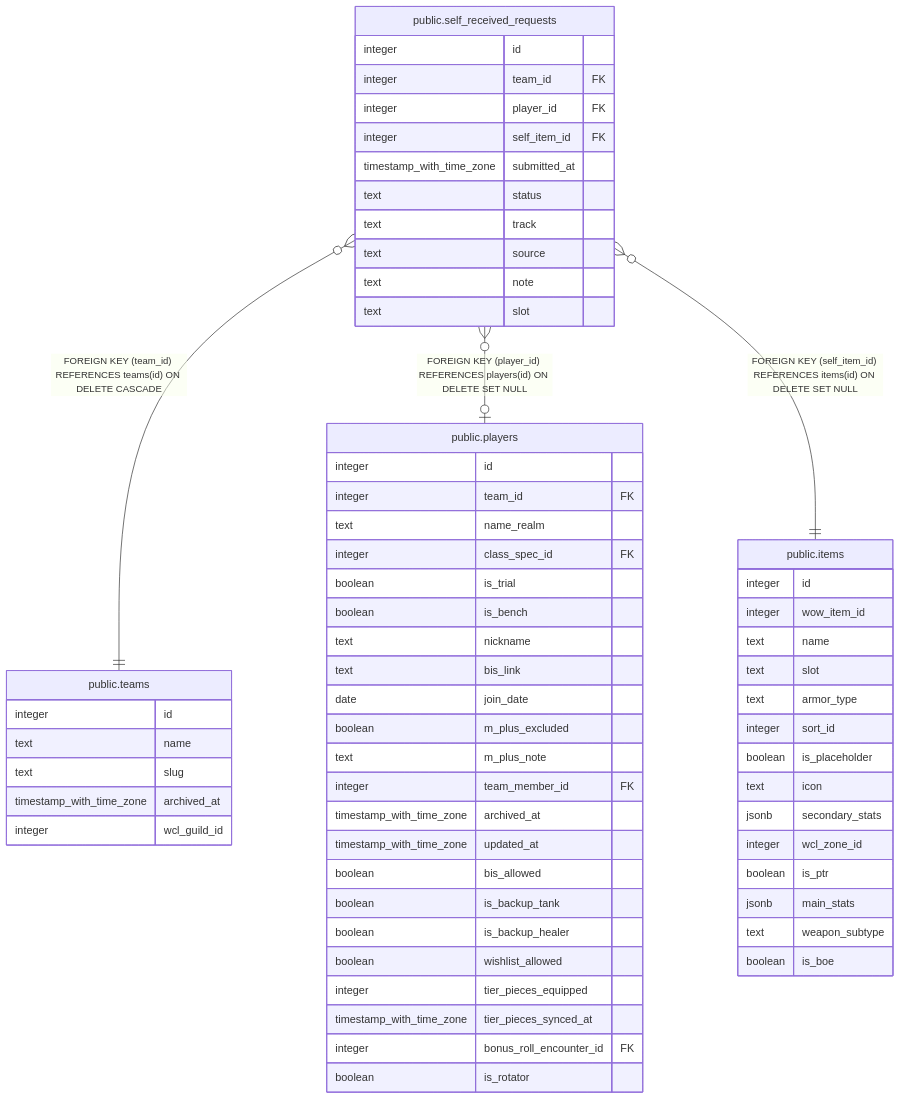
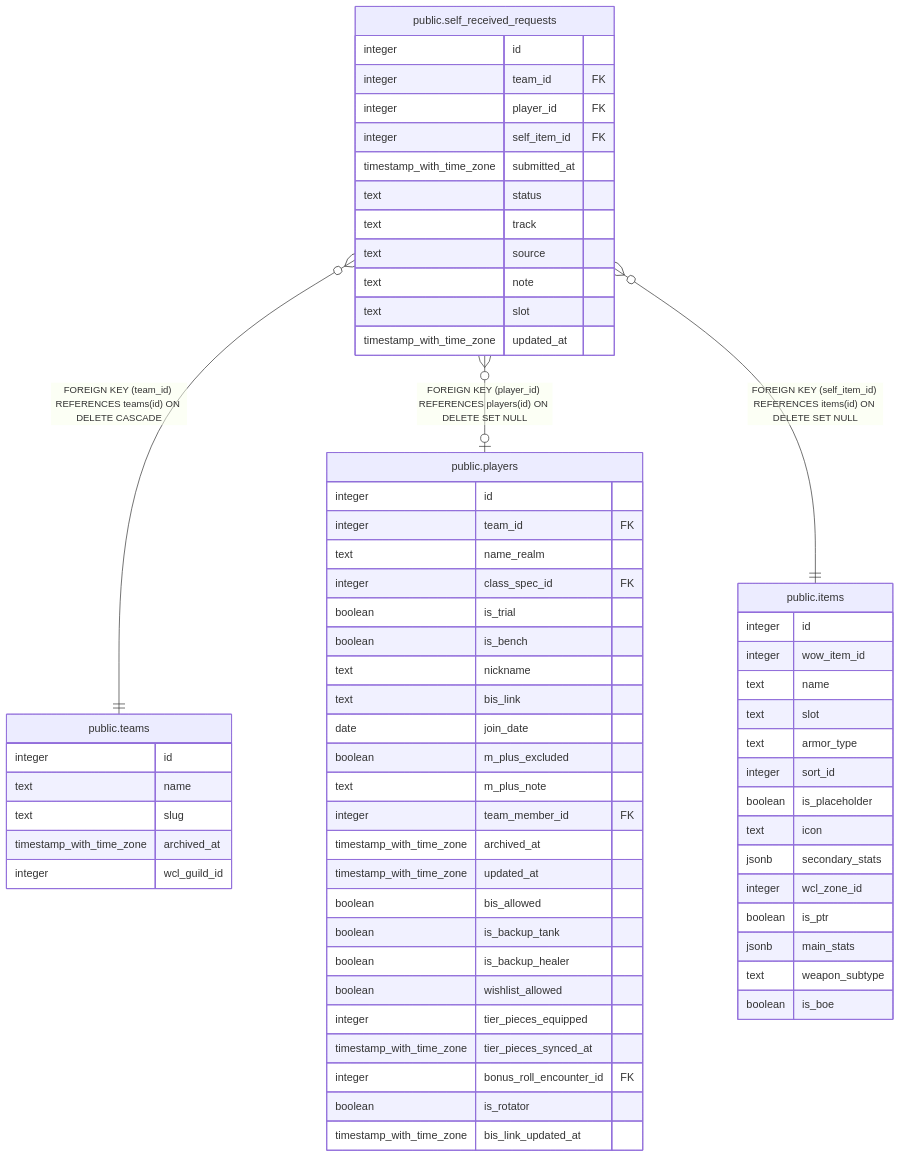
Before and after one commit to katogaming88/WGA-Raid-Hub: the diagram in dbdoc/public.self_received_requests.md, drawn with Mermaid. The commit also changed other lines of this file and 44 other files, not shown here.

````diff
--- a/dbdoc/public.self_received_requests.md
+++ b/dbdoc/public.self_received_requests.md
@@ -44,67 +46,69 @@
 ```mermaid
 erDiagram
 
 "public.self_received_requests" }o--|| "public.teams" : "FOREIGN KEY (team_id) REFERENCES teams(id) ON DELETE CASCADE"
 "public.self_received_requests" }o--o| "public.players" : "FOREIGN KEY (player_id) REFERENCES players(id) ON DELETE SET NULL"
 "public.self_received_requests" }o--|| "public.items" : "FOREIGN KEY (self_item_id) REFERENCES items(id) ON DELETE SET NULL"
 
 "public.self_received_requests" {
   integer id
   integer team_id FK
   integer player_id FK
   integer self_item_id FK
   timestamp_with_time_zone submitted_at
   text status
   text track
   text source
   text note
   text slot
+  timestamp_with_time_zone updated_at
 }
 "public.teams" {
   integer id
   text name
   text slug
   timestamp_with_time_zone archived_at
   integer wcl_guild_id
 }
 "public.players" {
   integer id
   integer team_id FK
   text name_realm
   integer class_spec_id FK
   boolean is_trial
   boolean is_bench
   text nickname
   text bis_link
   date join_date
   boolean m_plus_excluded
   text m_plus_note
   integer team_member_id FK
   timestamp_with_time_zone archived_at
   timestamp_with_time_zone updated_at
   boolean bis_allowed
   boolean is_backup_tank
   boolean is_backup_healer
   boolean wishlist_allowed
   integer tier_pieces_equipped
   timestamp_with_time_zone tier_pieces_synced_at
   integer bonus_roll_encounter_id FK
   boolean is_rotator
+  timestamp_with_time_zone bis_link_updated_at
 }
 "public.items" {
   integer id
   integer wow_item_id
   text name
   text slot
   text armor_type
   integer sort_id
   boolean is_placeholder
   text icon
   jsonb secondary_stats
   integer wcl_zone_id
   boolean is_ptr
   jsonb main_stats
   text weapon_subtype
   boolean is_boe
 }
 ```
````
